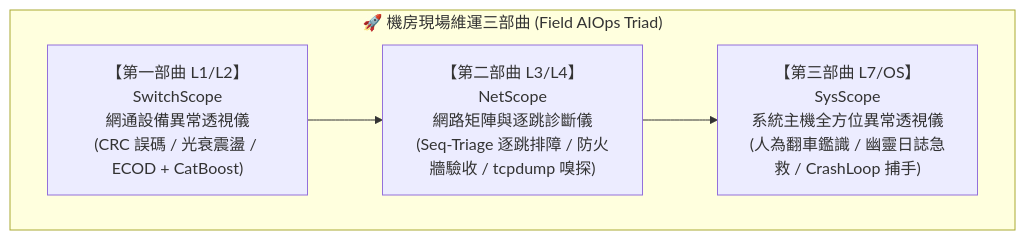
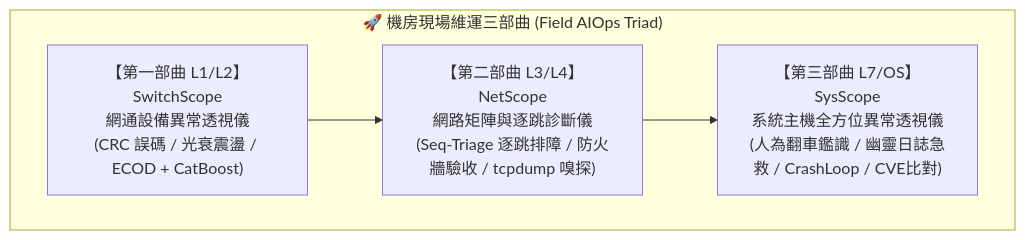
The diagram in README.md (kerr20801/SysScope), drawn with Mermaid before and after one commit. The commit also changed other lines of this file and 5 other files, not shown here.

````diff
--- a/README.md
+++ b/README.md
@@ -19,9 +24,9 @@
 ```mermaid
 flowchart TD
     subgraph Triad ["🚀 機房現場維運三部曲 (Field AIOps Triad)"]
         L1["【第一部曲 L1/L2】SwitchScope<br/>網通設備異常透視儀<br/>(CRC 誤碼 / 光衰震盪 / ECOD + CatBoost)"]
         L2["【第二部曲 L3/L4】NetScope<br/>網路矩陣與逐跳診斷儀<br/>(Seq-Triage 逐跳排障 / 防火牆驗收 / tcpdump 嗅探)"]
-        L3["【第三部曲 L7/OS】SysScope<br/>系統主機全方位異常透視儀<br/>(人為翻車鑑識 / 幽靈日誌急救 / CrashLoop 捕手)"]
+        L3["【第三部曲 L7/OS】SysScope<br/>系統主機全方位異常透視儀<br/>(人為翻車鑑識 / 幽靈日誌急救 / CrashLoop / CVE比對)"]
     end
     L1 --> L2 --> L3
 ```
````
